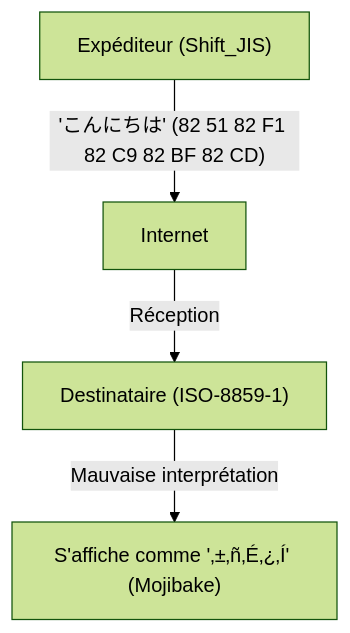
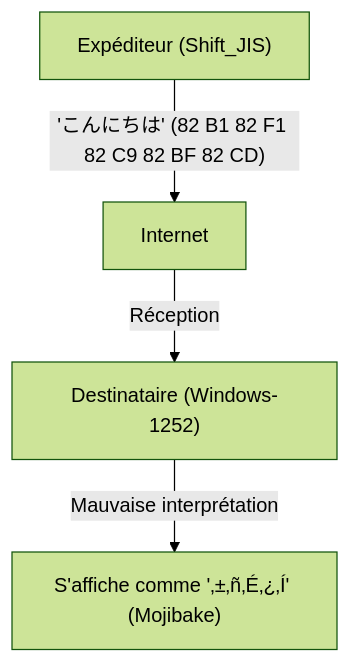
One commit to kenjinote/blog changed the first of 2 diagrams in content/post/history-of-unicode-encoding/index.fr.md. Above: the diagram before and after it, drawn with Mermaid (forest theme). The commit also changed other lines of this file and 21 other files, not shown here.

````diff
--- a/content/post/history-of-unicode-encoding/index.fr.md
+++ b/content/post/history-of-unicode-encoding/index.fr.md
@@ -34,6 +35,6 @@
 ```mermaid
 graph TD
-    A["Expéditeur (Shift_JIS)"] -- "'こんにちは' (82 51 82 F1 82 C9 82 BF 82 CD)" --> B["Internet"]
-    B -- "Réception" --> C["Destinataire (ISO-8859-1)"]
+    A["Expéditeur (Shift_JIS)"] -- "'こんにちは' (82 B1 82 F1 82 C9 82 BF 82 CD)" --> B["Internet"]
+    B -- "Réception" --> C["Destinataire (Windows-1252)"]
     C -- "Mauvaise interprétation" --> D["S'affiche comme '‚±‚ñ‚É‚¿‚Í' (Mojibake)"]
 ```
````
